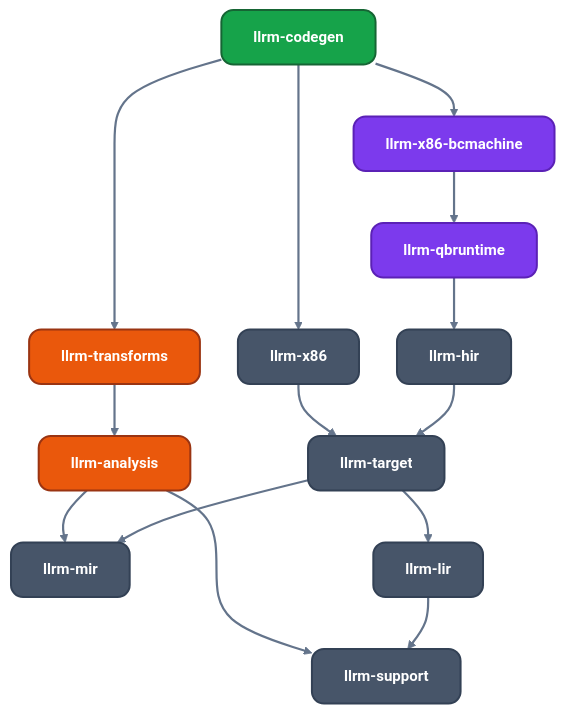
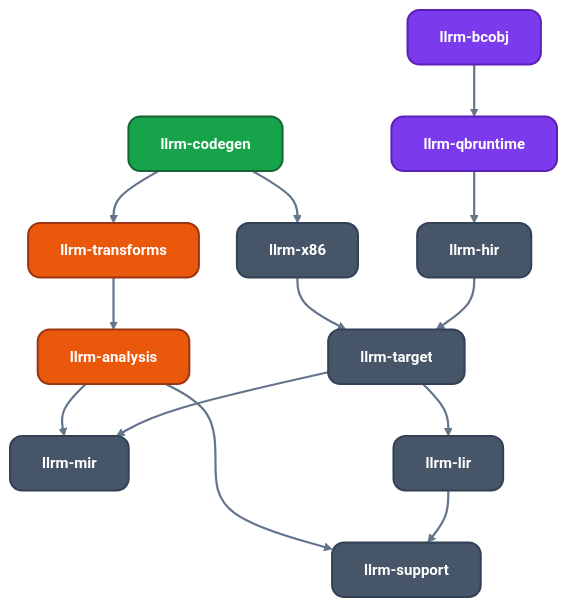
One commit to ali-mosavian/llrm changed the third of 4 diagrams in docs/reference/crates.md. Above: the diagram before and after it, drawn with Mermaid. The commit also changed other lines of this file and 75 other files, not shown here.

````diff
--- a/docs/reference/crates.md
+++ b/docs/reference/crates.md
@@ -88,33 +86,32 @@
 ```mermaid
 %%{init: {'theme':'base','themeVariables':{'fontFamily':'Segoe UI, Helvetica Neue, Arial, DejaVu Sans, sans-serif','fontSize':'15px','primaryColor':'#475569','primaryTextColor':'#ffffff','primaryBorderColor':'#334155','lineColor':'#64748b','secondaryColor':'#475569','tertiaryColor':'transparent','clusterBkg':'transparent','clusterBorder':'#64748b','edgeLabelBackground':'#334155','textColor':'#64748b','titleColor':'#64748b'},'flowchart':{'curve':'basis','nodeSpacing':38,'rankSpacing':52,'padding':16,'wrappingWidth':360,'htmlLabels':true,'useMaxWidth':true}}}%%
 flowchart TB
   classDef mid fill:#475569,stroke:#334155,stroke-width:2px,color:#ffffff,rx:12px,ry:12px
   classDef opt fill:#ea580c,stroke:#9a3412,stroke-width:2px,color:#ffffff,rx:12px,ry:12px
   classDef out fill:#16a34a,stroke:#166534,stroke-width:2px,color:#ffffff,rx:12px,ry:12px
   classDef data fill:#7c3aed,stroke:#5b21b6,stroke-width:2px,color:#ffffff,rx:12px,ry:12px
   linkStyle default stroke:#64748b,stroke-width:2.2px
   core["<b>llrm-codegen</b>"]:::out
   tr["<b>llrm-transforms</b>"]:::opt
   an["<b>llrm-analysis</b>"]:::opt
   mir["<b>llrm-mir</b>"]:::mid
   hir["<b>llrm-hir</b>"]:::mid
   tgt["<b>llrm-target</b>"]:::mid
   lir["<b>llrm-lir</b>"]:::mid
   x86["<b>llrm-x86</b>"]:::mid
-  bcm["<b>llrm-x86-bcmachine</b>"]:::data
+  bcm["<b>llrm-bcobj</b>"]:::data
   qbrt["<b>llrm-qbruntime</b>"]:::data
   sup["<b>llrm-support</b>"]:::mid
   core --> tr
   core --> x86
-  core --> bcm
   tr --> an
   an --> mir
   an --> sup
   x86 --> tgt
   bcm --> qbrt
   qbrt --> hir
   hir --> tgt
   tgt --> mir
   tgt --> lir
   lir --> sup
 ```
````
